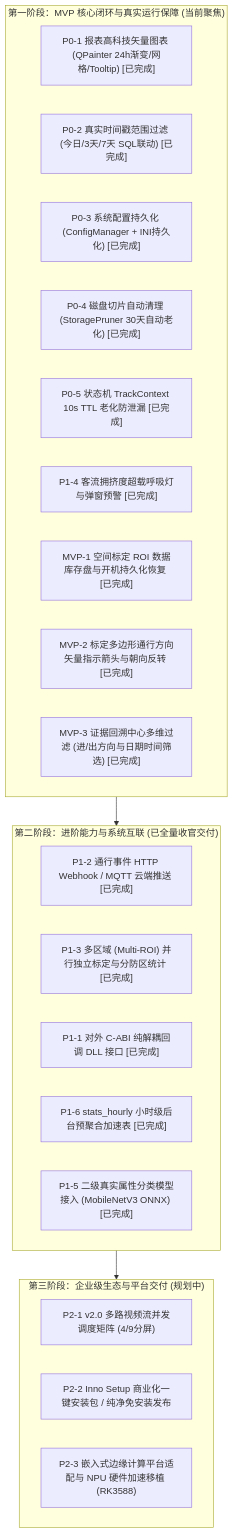
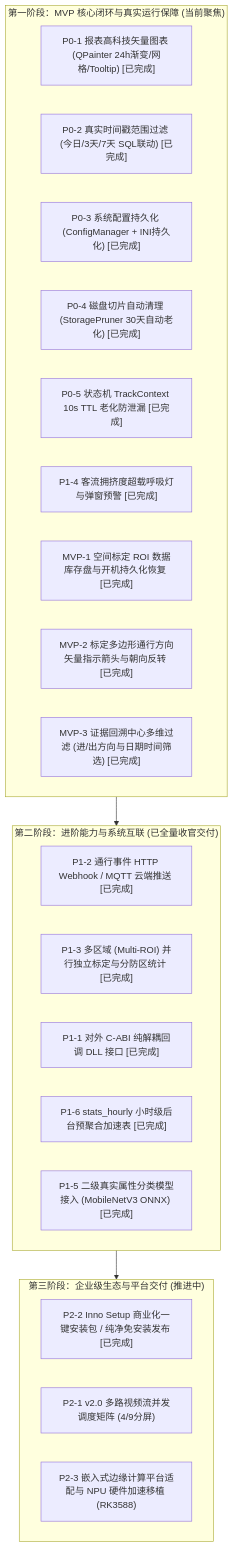
Before and after one commit to huangjingpei/FlowSight: the second of 2 diagrams in docs/06-FlowSight_商业化核心功能缺口分析与分期演进路线图.md, drawn with Mermaid. The commit also changed other lines of this file and 4 other files, not shown here.

Commit message:
feat(deployment): implement automated packaging pipeline for standalone portable zip and Inno Setup installer (P2-2)

````diff
--- a/docs/06-FlowSight_商业化核心功能缺口分析与分期演进路线图.md
+++ b/docs/06-FlowSight_商业化核心功能缺口分析与分期演进路线图.md
@@ -131,31 +131,31 @@
 ```mermaid
 graph TD
     subgraph Phase1["第一阶段：MVP 核心闭环与真实运行保障 (当前聚焦)"]
         P0_1["P0-1 报表高科技矢量图表 (QPainter 24h渐变/网格/Tooltip) [已完成]"]
         P0_2["P0-2 真实时间戳范围过滤 (今日/3天/7天 SQL联动) [已完成]"]
         P0_3["P0-3 系统配置持久化 (ConfigManager + INI持久化) [已完成]"]
         P0_4["P0-4 磁盘切片自动清理 (StoragePruner 30天自动老化) [已完成]"]
         P0_5["P0-5 状态机 TrackContext 10s TTL 老化防泄漏 [已完成]"]
         P1_4["P1-4 客流拥挤度超载呼吸灯与弹窗预警 [已完成]"]
         MVP_1["MVP-1 空间标定 ROI 数据库存盘与开机持久化恢复 [已完成]"]
         MVP_2["MVP-2 标定多边形通行方向矢量指示箭头与朝向反转 [已完成]"]
         MVP_3["MVP-3 证据回溯中心多维过滤 (进/出方向与日期时间筛选) [已完成]"]
     end
 
     subgraph Phase2["第二阶段：进阶能力与系统互联 (已全量收官交付)"]
         P1_2["P1-2 通行事件 HTTP Webhook / MQTT 云端推送 [已完成]"]
         P1_3["P1-3 多区域 (Multi-ROI) 并行独立标定与分防区统计 [已完成]"]
         P1_1["P1-1 对外 C-ABI 纯解耦回调 DLL 接口 [已完成]"]
         P1_6["P1-6 stats_hourly 小时级后台预聚合加速表 [已完成]"]
         P1_5["P1-5 二级真实属性分类模型接入 (MobileNetV3 ONNX) [已完成]"]
     end
 
-    subgraph Phase3["第三阶段：企业级生态与平台交付 (规划中)"]
+    subgraph Phase3["第三阶段：企业级生态与平台交付 (推进中)"]
+        P2_2["P2-2 Inno Setup 商业化一键安装包 / 纯净免安装发布 [已完成]"]
         P2_1["P2-1 v2.0 多路视频流并发调度矩阵 (4/9分屏)"]
-        P2_2["P2-2 Inno Setup 商业化一键安装包 / 纯净免安装发布"]
         P2_3["P2-3 嵌入式边缘计算平台适配与 NPU 硬件加速移植 (RK3588)"]
     end
 
     Phase1 --> Phase2
     Phase2 --> Phase3
 ```
````
